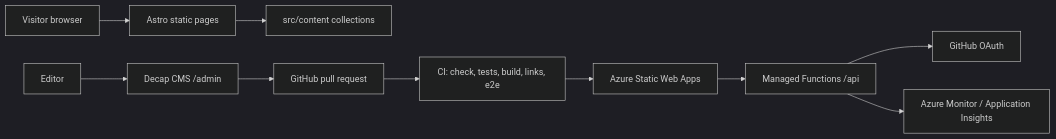
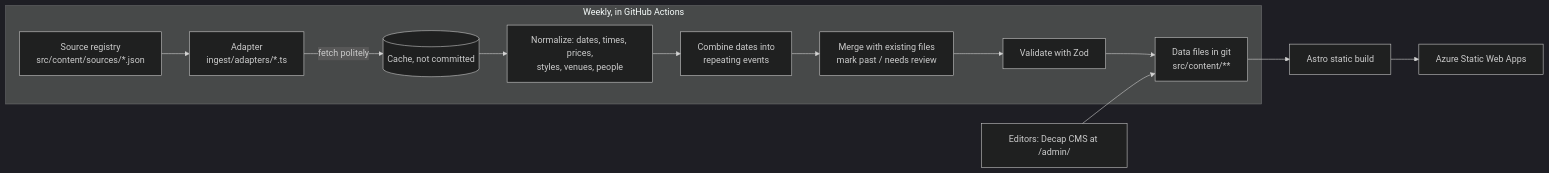
One commit to michaelsrichter/long-island-dance-events changed the diagram in README.md. Above: the diagram before and after it, drawn with Mermaid (dark theme). The commit also changed other lines of this file and 301 other files, not shown here.

First line of the commit message:
Build Long Island Dance Events MVP (phases 1-2)

````diff
--- a/README.md
+++ b/README.md
@@ -95,12 +14,14 @@
 ```mermaid
 flowchart LR
-  visitor[Visitor browser] --> static[Astro static pages]
-  static --> content[src/content collections]
-  editor[Editor] --> cms[Decap CMS /admin]
-  cms --> pr[GitHub pull request]
-  pr --> ci[CI: check, tests, build, links, e2e]
-  ci --> swa[Azure Static Web Apps]
-  swa --> api[Managed Functions /api]
-  api --> oauth[GitHub OAuth]
-  api --> monitor[Azure Monitor / Application Insights]
+  subgraph Weekly["Weekly, in GitHub Actions"]
+    A[Source registry<br/>src/content/sources/*.json] --> B[Adapter<br/>ingest/adapters/*.ts]
+    B -->|fetch politely| C[(Cache, not committed)]
+    C --> D[Normalize: dates, times, prices,<br/>styles, venues, people]
+    D --> E[Combine dates into<br/>repeating events]
+    E --> F[Merge with existing files<br/>mark past / needs review]
+    F --> G[Validate with Zod]
+    G --> H[Data files in git<br/>src/content/**]
+  end
+  H --> I[Astro static build] --> J[Azure Static Web Apps]
+  K[Editors: Decap CMS at /admin/] --> H
 ```
````
